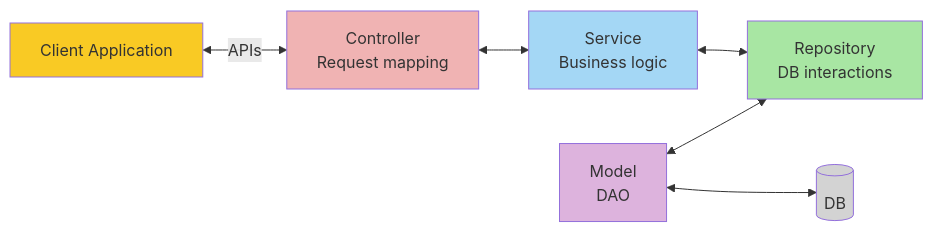
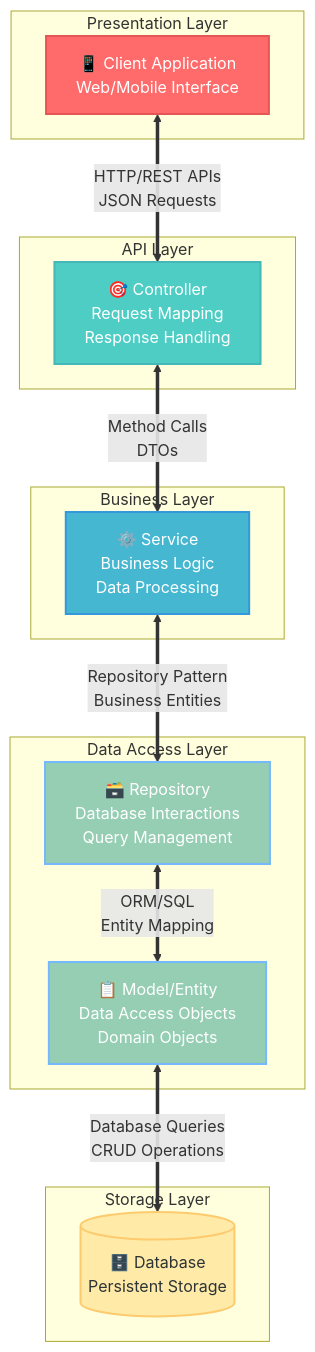
The diagram in 5.controladores-rest-SpringBoot.md (caflorezvi/guias-programacion-avanzada), drawn with Mermaid before and after one commit. The commit also changed other lines of this file and 2 other files, not shown here.

Commit message:
Se actualiza la guía de SQL para Pages

```diff
--- a/5.controladores-rest-SpringBoot.md
+++ b/5.controladores-rest-SpringBoot.md
@@ -72,26 +72,43 @@
-<div class="mermaid">
-graph LR
-    CA[Client Application] <--> |APIs| C[Controller<br/>Request mapping]
+<div class="mermaid" style="text-align: center;">
+graph TB
+    subgraph "Presentation Layer"
+        CA[📱 Client Application<br/>Web/Mobile Interface]
+    end
     
-    C <--> S[Service<br/>Business logic]
-
-    S <--> R[Repository<br/>DB interactions]
+    subgraph "API Layer"
+        C[🎯 Controller<br/>Request Mapping<br/>Response Handling]
+    end
     
-    M[Model<br/>DAO] <--> R
-
-    M <--> DB[(DB)]
+    subgraph "Business Layer"
+        S[⚙️ Service<br/>Business Logic<br/>Data Processing]
+    end
     
-    classDef clientApp fill:#f9ca24
-    classDef controller fill:#f0b3b3
-    classDef service fill:#a4d7f5
-    classDef repository fill:#a8e6a3
-    classDef model fill:#ddb3dd
-    classDef database fill:#d3d3d3
+    subgraph "Data Access Layer"
+        R[🗃️ Repository<br/>Database Interactions<br/>Query Management]
+        M[📋 Model/Entity<br/>Data Access Objects<br/>Domain Objects]
+    end
     
-    class CA clientApp
-    class C controller
-    class S service
-    class R repository
-    class M model
-    class DB database
+    subgraph "Storage Layer"
+        DB[(🗄️ Database<br/>Persistent Storage)]
+    end
+    
+    %% Connections with labeled arrows
+    CA <==> |HTTP/REST APIs<br/>JSON Requests| C
+    C <==> |Method Calls<br/>DTOs| S
+    S <==> |Repository Pattern<br/>Business Entities| R
+    R <==> |ORM/SQL<br/>Entity Mapping| M
+    M <==> |Database Queries<br/>CRUD Operations| DB
+    
+    %% Styling
+    classDef clientLayer fill:#FF6B6B,stroke:#E55555,stroke-width:2px,color:#fff
+    classDef apiLayer fill:#4ECDC4,stroke:#45B7B8,stroke-width:2px,color:#fff
+    classDef businessLayer fill:#45B7D1,stroke:#3498DB,stroke-width:2px,color:#fff
+    classDef dataLayer fill:#96CEB4,stroke:#74B9FF,stroke-width:2px,color:#fff
+    classDef storageLayer fill:#FFEAA7,stroke:#FDCB6E,stroke-width:2px,color:#2d3436
+    
+    class CA clientLayer
+    class C apiLayer
+    class S businessLayer
+    class R,M dataLayer
+    class DB storageLayer
 </div>
```
